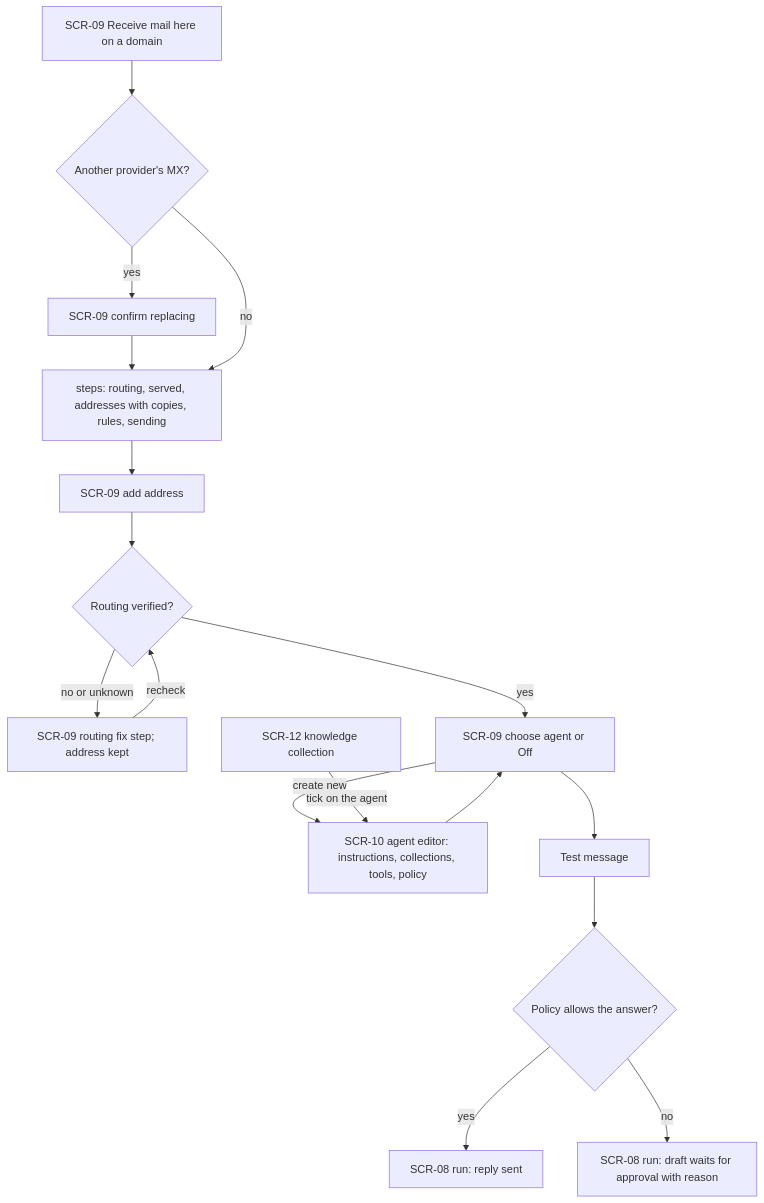
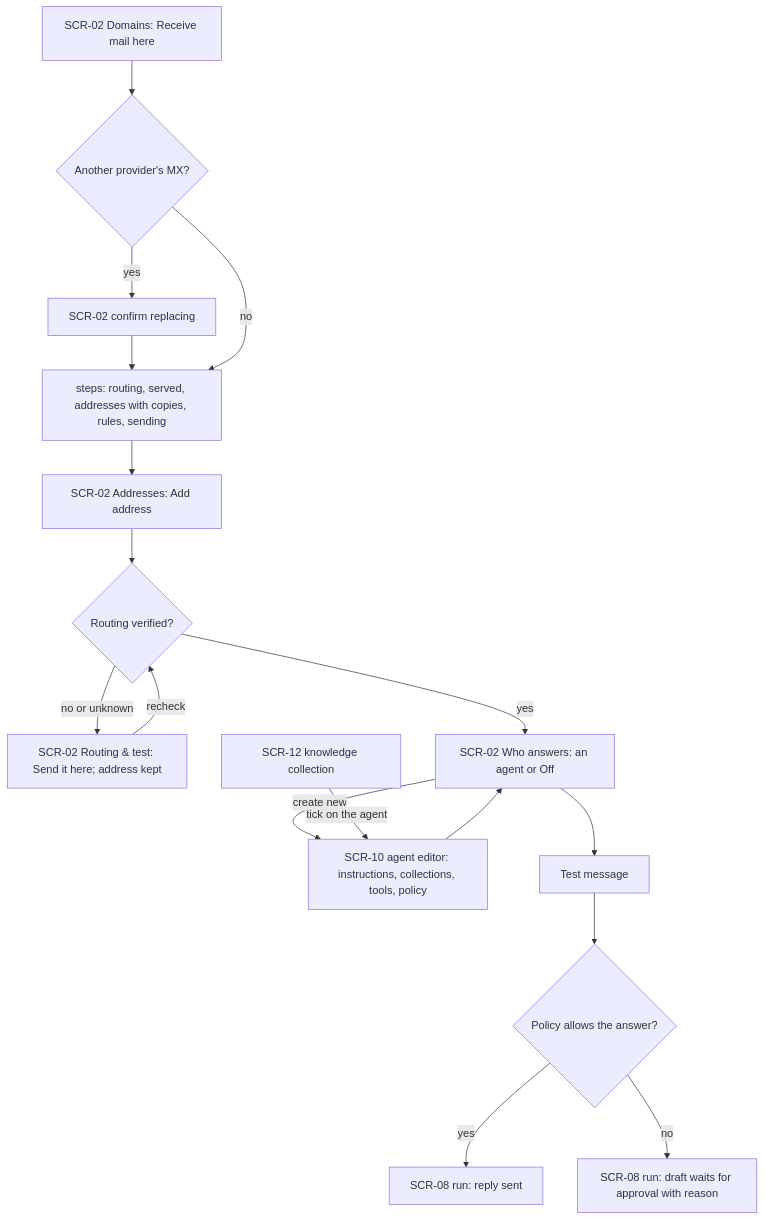
Before and after one commit to passioncode-ai/fabric-inbox: the eighth of 8 diagrams in docs/ux/flows.md, drawn with Mermaid. The commit also changed other lines of this file and 222 other files, not shown here.

First line of the commit message:
release: 0.11.0 — Settings, mail refresh, agent parity, server drafts, Gmail setup, IMAP and Outlook accounts (#35)

````diff
--- a/docs/ux/flows.md
+++ b/docs/ux/flows.md
@@ -239,19 +238,19 @@
 ```mermaid
 flowchart TD
-  Z["SCR-09 Receive mail here on a domain"] --> Y{"Another provider's MX?"}
-  Y -->|yes| X["SCR-09 confirm replacing"]
+  Z["SCR-02 Domains: Receive mail here"] --> Y{"Another provider's MX?"}
+  Y -->|yes| X["SCR-02 confirm replacing"]
   X --> W["steps: routing, served, addresses with copies, rules, sending"]
   Y -->|no| W
   W --> A
-  A["SCR-09 add address"] --> B{"Routing verified?"}
-  B -->|no or unknown| C["SCR-09 routing fix step; address kept"]
+  A["SCR-02 Addresses: Add address"] --> B{"Routing verified?"}
+  B -->|no or unknown| C["SCR-02 Routing & test: Send it here; address kept"]
   C -->|recheck| B
-  B -->|yes| D["SCR-09 choose agent or Off"]
+  B -->|yes| D["SCR-02 Who answers: an agent or Off"]
   D -->|create new| E["SCR-10 agent editor: instructions, collections, tools, policy"]
   K["SCR-12 knowledge collection"] -->|tick on the agent| E
   E --> D
   D --> F["Test message"]
   F --> G{"Policy allows the answer?"}
   G -->|yes| H["SCR-08 run: reply sent"]
   G -->|no| I["SCR-08 run: draft waits for approval with reason"]
 ```
````
